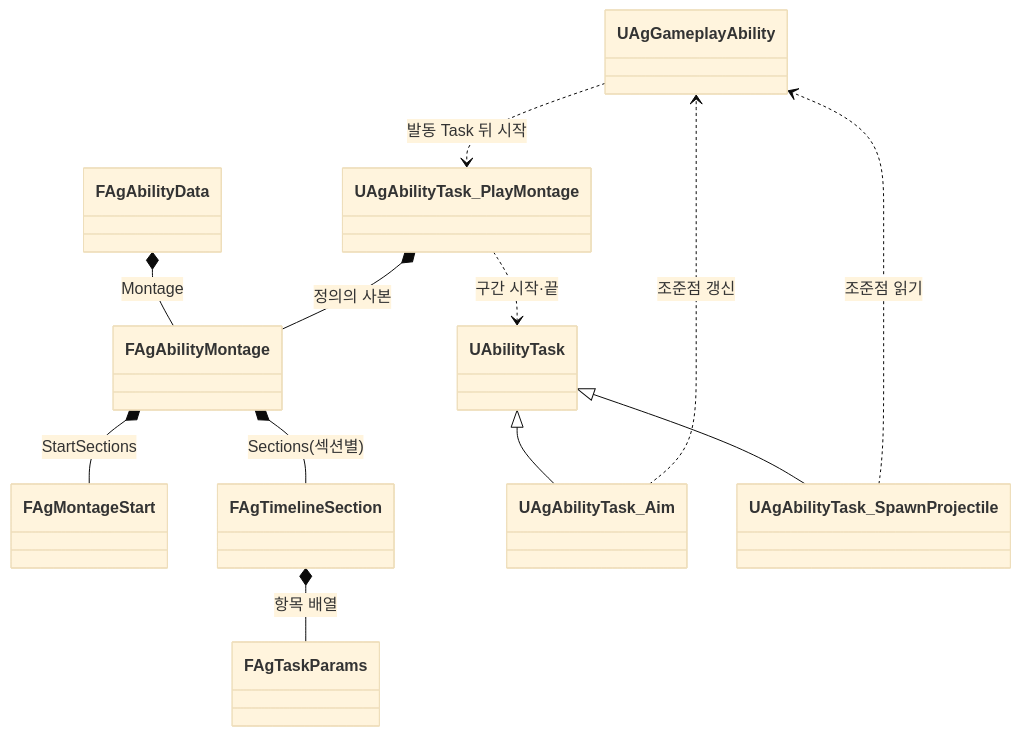
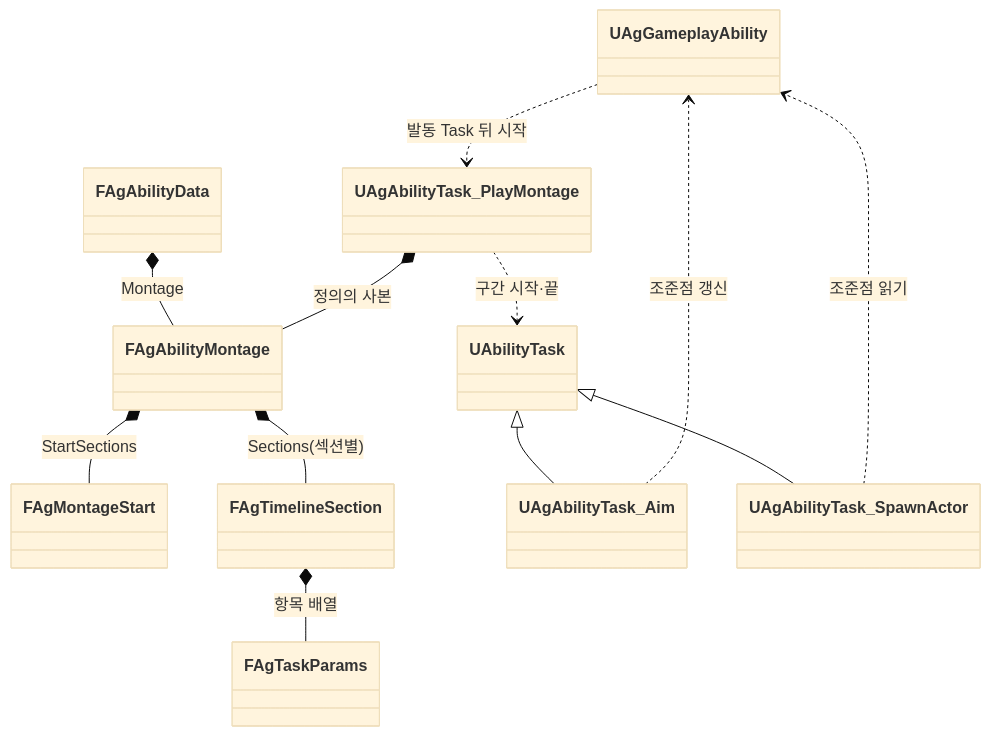
One commit to Woogl/Ag changed the diagram in Docs/Architecture/몽타주 타임라인과 구간 판정.md. Above: the diagram before and after it, drawn with Mermaid (base theme). The commit also changed other lines of this file and 10 other files, not shown here.

````diff
--- a/Docs/Architecture/몽타주 타임라인과 구간 판정.md
+++ b/Docs/Architecture/몽타주 타임라인과 구간 판정.md
@@ -55,15 +55,15 @@
 ```mermaid
 classDiagram
     direction TB
     FAgAbilityData *-- FAgAbilityMontage : Montage
     FAgAbilityMontage *-- FAgMontageStart : StartSections
     FAgAbilityMontage *-- FAgTimelineSection : Sections(섹션별)
     FAgTimelineSection *-- FAgTaskParams : 항목 배열
     UAgGameplayAbility ..> UAgAbilityTask_PlayMontage : 발동 Task 뒤 시작
     UAgAbilityTask_PlayMontage *-- FAgAbilityMontage : 정의의 사본
     UAgAbilityTask_PlayMontage ..> UAbilityTask : 구간 시작·끝
     UAbilityTask <|-- UAgAbilityTask_Aim
-    UAbilityTask <|-- UAgAbilityTask_SpawnProjectile
+    UAbilityTask <|-- UAgAbilityTask_SpawnActor
     UAgAbilityTask_Aim ..> UAgGameplayAbility : 조준점 갱신
-    UAgAbilityTask_SpawnProjectile ..> UAgGameplayAbility : 조준점 읽기
+    UAgAbilityTask_SpawnActor ..> UAgGameplayAbility : 조준점 읽기
 ```
````
